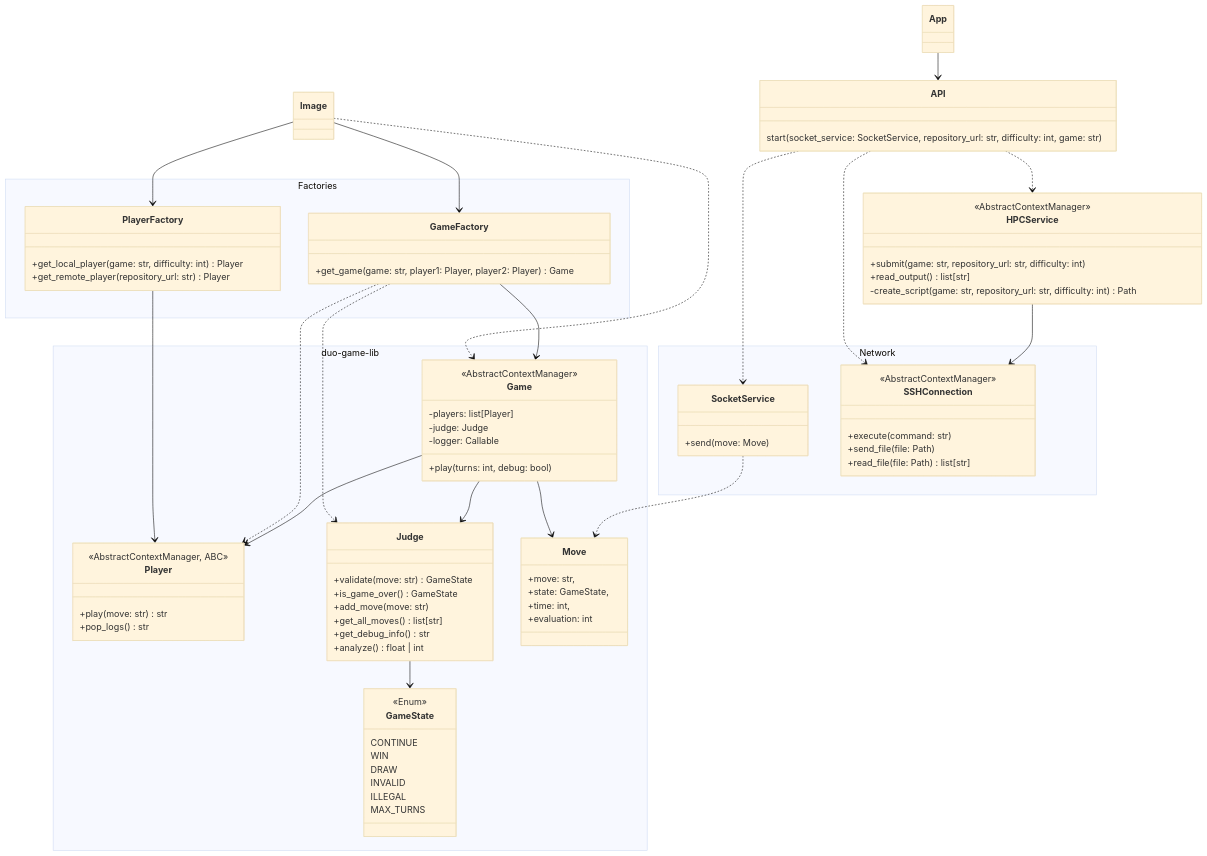
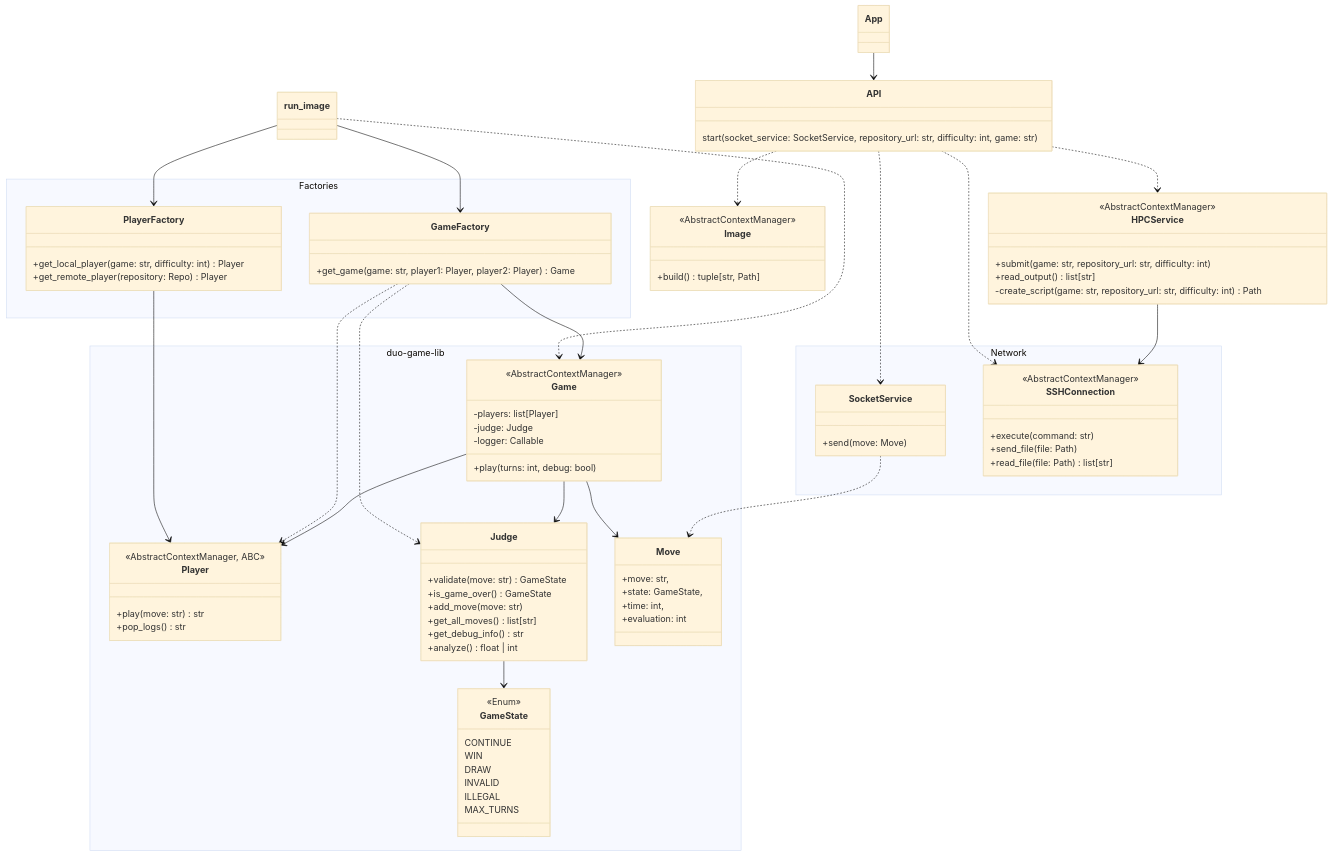
The third of 5 diagrams in docs/architecture.md (game-ai-platform-team/tira-ai-platform), drawn with Mermaid (base theme) before and after one commit. The commit also changed other lines of this file, not shown here.

Commit message:
docs(#124): Update architecture

```diff
--- a/docs/architecture.md
+++ b/docs/architecture.md
@@ -126,11 +132,12 @@
 API ..> SocketService
 API ..> SSHConnection
 API ..> HPCService
+API ..> Image
 HPCService --> SSHConnection
 
-Image ..> Game
-Image --> GameFactory
-Image --> PlayerFactory
+run_image ..> Game
+run_image --> GameFactory
+run_image --> PlayerFactory
 
 PlayerFactory --> Player
 
@@ -155,6 +162,11 @@
     -create_script(game: str, repository_url: str, difficulty: int) Path
 }
 
+class Image {
+    <<AbstractContextManager>>
+    +build() tuple[str, Path]
+}
+
 namespace Factories {
     class GameFactory {
         +get_game(game: str, player1: Player, player2: Player) Game
@@ -162,7 +174,7 @@
 
     class PlayerFactory {
         +get_local_player(game: str, difficulty: int) Player
-        +get_remote_player(repository_url: str) Player
+        +get_remote_player(repository: Repo) Player
     }
 }
 
```
